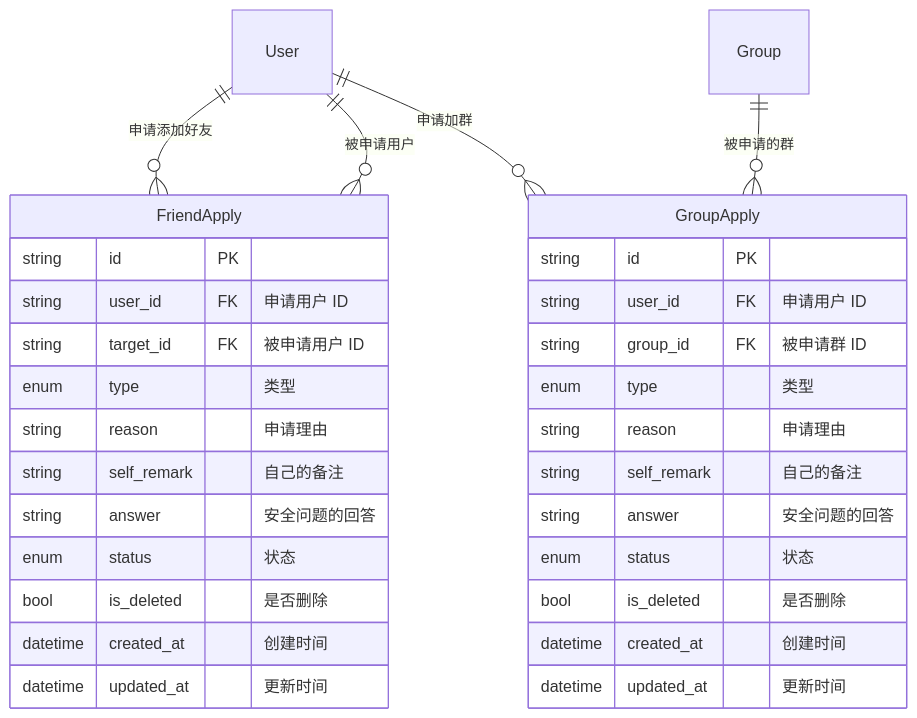
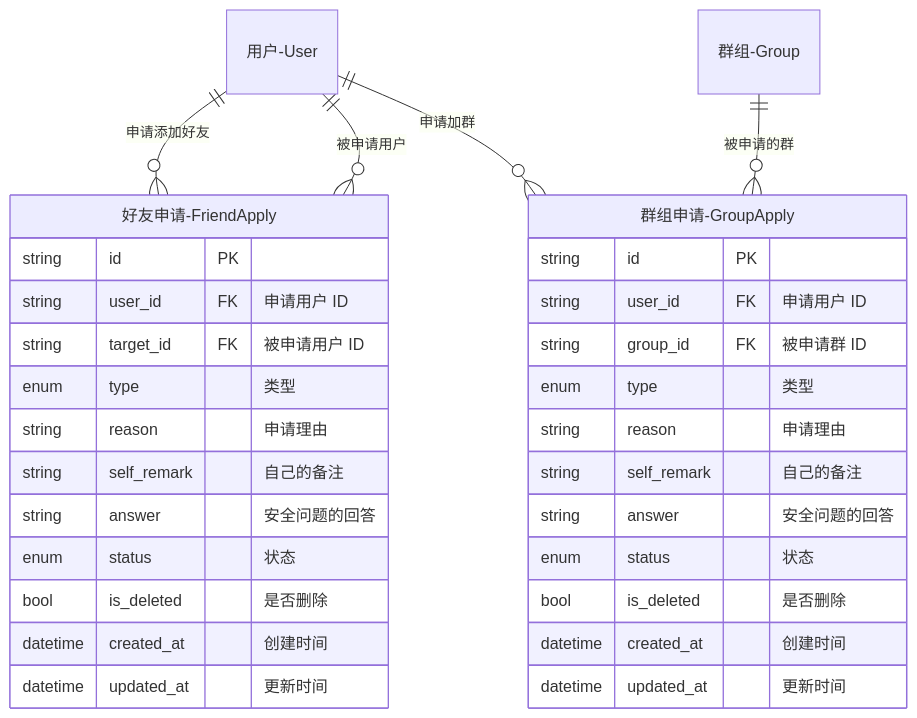
Before and after one commit to summer-like-coding/chat-system: the third of 4 diagrams in docs/2.model.md, drawn with Mermaid. The commit also changed other lines of this file and 8 other files, not shown here.

````diff
--- a/docs/2.model.md
+++ b/docs/2.model.md
@@ -106,35 +99,38 @@
 ```mermaid
 erDiagram
   User ||--o{ FriendApply : "申请添加好友"
   User ||--o{ FriendApply : "被申请用户"
   User ||--o{ GroupApply : "申请加群"
   Group ||--o{ GroupApply : "被申请的群"
 
-  FriendApply {
+  User["用户-User"] {}
+  Group["群组-Group"] {}
+
+  FriendApply["好友申请-FriendApply"] {
     string id PK
     string user_id FK "申请用户 ID"
     string target_id FK "被申请用户 ID"
     enum type "类型"
     string reason "申请理由"
     string self_remark "自己的备注"
     string answer "安全问题的回答"
     enum status "状态"
     bool is_deleted "是否删除"
     datetime created_at "创建时间"
     datetime updated_at "更新时间"
   }
 
-  GroupApply {
+  GroupApply["群组申请-GroupApply"] {
     string id PK
     string user_id FK "申请用户 ID"
     string group_id FK "被申请群 ID"
     enum type "类型"
     string reason "申请理由"
     string self_remark "自己的备注"
     string answer "安全问题的回答"
     enum status "状态"
     bool is_deleted "是否删除"
     datetime created_at "创建时间"
     datetime updated_at "更新时间"
   }
 ```
````
